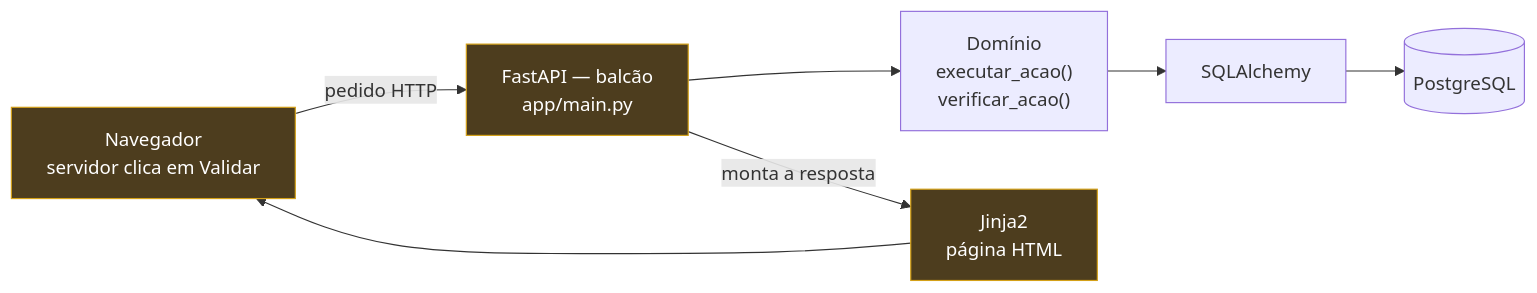
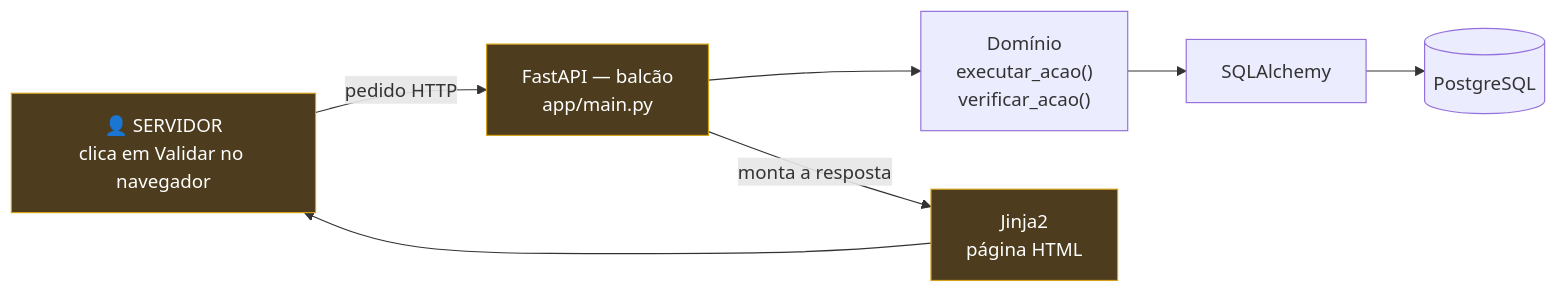
Before and after one commit to ailtonfv/governanca-lgpd-hortolandia: the third of 4 diagrams in ARQUITETURA_POC.md, drawn with Mermaid. The commit also changed other lines of this file, not shown here.

Commit message:
Arquitetura: servidor e HTML em destaque

````diff
--- a/ARQUITETURA_POC.md
+++ b/ARQUITETURA_POC.md
@@ -39,9 +48,9 @@
 ```mermaid
 flowchart LR
-    N["Navegador<br/>servidor clica em Validar"] -->|"pedido HTTP"| F["FastAPI — balcão<br/>app/main.py"]
+    N["👤 SERVIDOR<br/>clica em Validar no navegador"] -->|"pedido HTTP"| F["FastAPI — balcão<br/>app/main.py"]
     F --> D["Domínio<br/>executar_acao()<br/>verificar_acao()"]
     D --> P["SQLAlchemy"] --> B[("PostgreSQL")]
     F -->|"monta a resposta"| J["Jinja2<br/>página HTML"] --> N
     classDef novo fill:#4d3d1e,stroke:#d4a017,color:#fff
     class N,F,J novo
 ```
````
